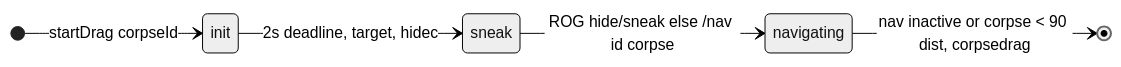
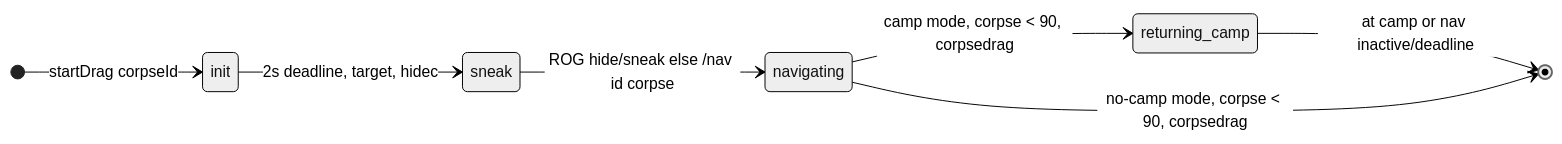
Before and after one commit to Cezero/czbot: the third of 3 diagrams in docs/botlogic/movement-and-misc.md, drawn with Mermaid (neutral theme). The commit also changed other lines of this file and 3 other files, not shown here.

````diff
--- a/docs/botlogic/movement-and-misc.md
+++ b/docs/botlogic/movement-and-misc.md
@@ -62,8 +62,10 @@
 ```mermaid
 stateDiagram-v2
     direction LR
     [*] --> init: startDrag corpseId
     init --> sneak: 2s deadline, target, hidec
     sneak --> navigating: ROG hide/sneak else /nav id corpse
-    navigating --> [*]: nav inactive or corpse < 90 dist, corpsedrag
+    navigating --> returning_camp: camp mode, corpse < 90, corpsedrag
+    returning_camp --> [*]: at camp or nav inactive/deadline
+    navigating --> [*]: no-camp mode, corpse < 90, corpsedrag
 ```
````
